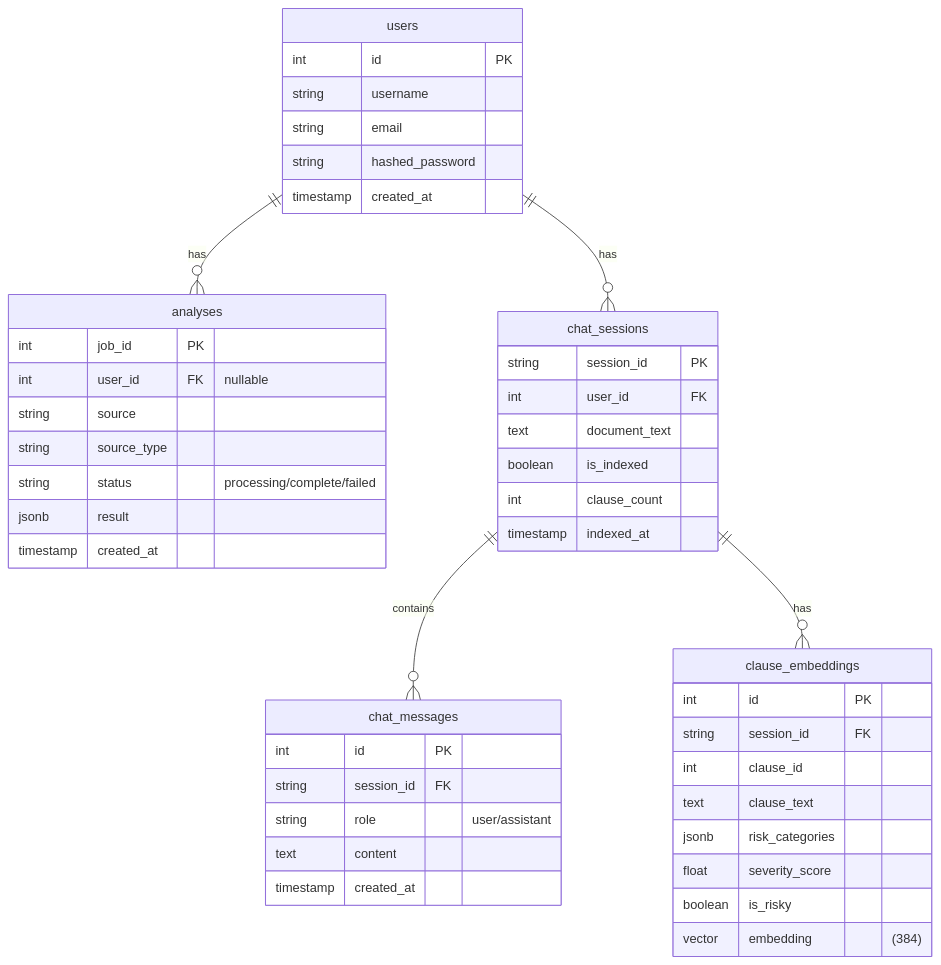
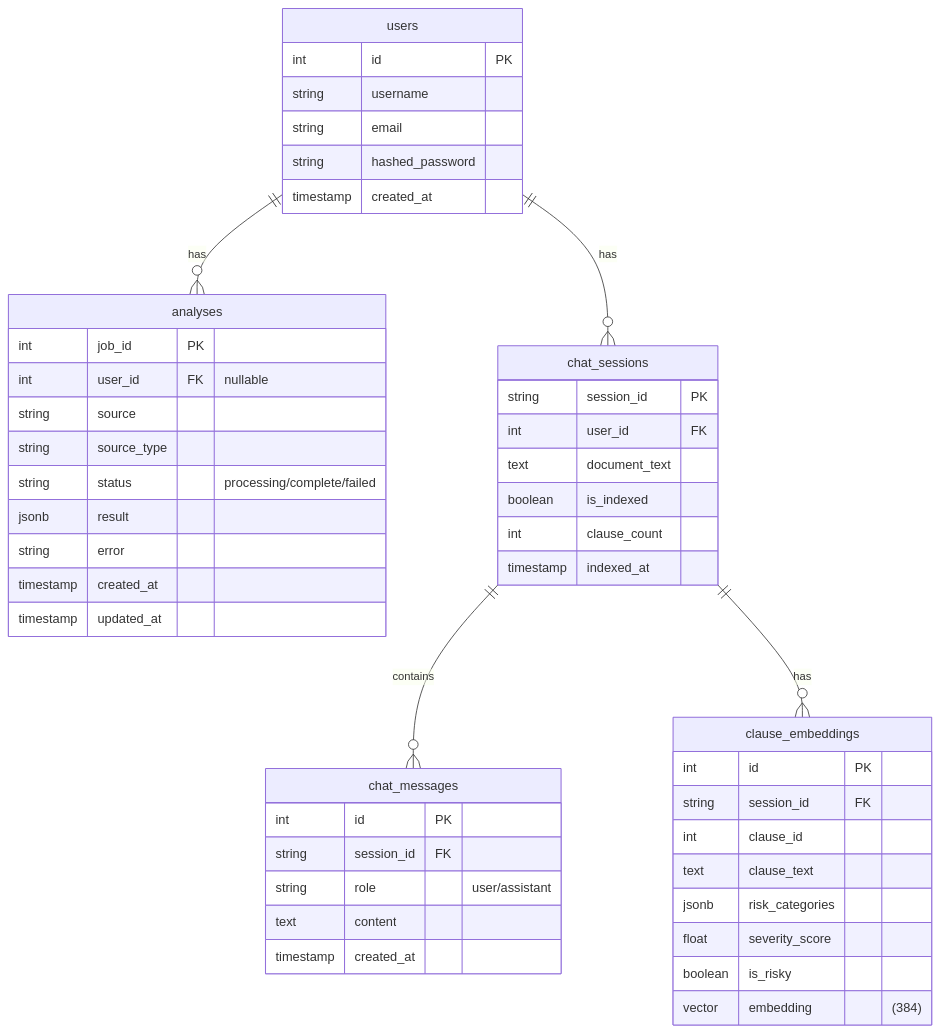
The second of 2 diagrams in README.md (aarush323/PBL_TOS_RISK_ANALYZER), drawn with Mermaid before and after one commit. The commit also changed other lines of this file and 5 other files, not shown here.

````diff
--- a/README.md
+++ b/README.md
@@ -296,53 +413,55 @@
 ```mermaid
 erDiagram
     users ||--o{ analyses : has
     users ||--o{ chat_sessions : has
     chat_sessions ||--o{ chat_messages : contains
     chat_sessions ||--o{ clause_embeddings : has
 
     users {
         int id PK
         string username
         string email
         string hashed_password
         timestamp created_at
     }
     
     analyses {
         int job_id PK
         int user_id FK "nullable"
         string source
         string source_type
         string status "processing/complete/failed"
         jsonb result
+        string error
         timestamp created_at
+        timestamp updated_at
     }
     
     chat_sessions {
         string session_id PK
         int user_id FK
         text document_text
         boolean is_indexed
         int clause_count
         timestamp indexed_at
     }
     
     chat_messages {
         int id PK
         string session_id FK
         string role "user/assistant"
         text content
         timestamp created_at
     }
     
     clause_embeddings {
         int id PK
         string session_id FK
         int clause_id
         text clause_text
         jsonb risk_categories
         float severity_score
         boolean is_risky
         vector embedding "(384)"
     }
 ```
````
